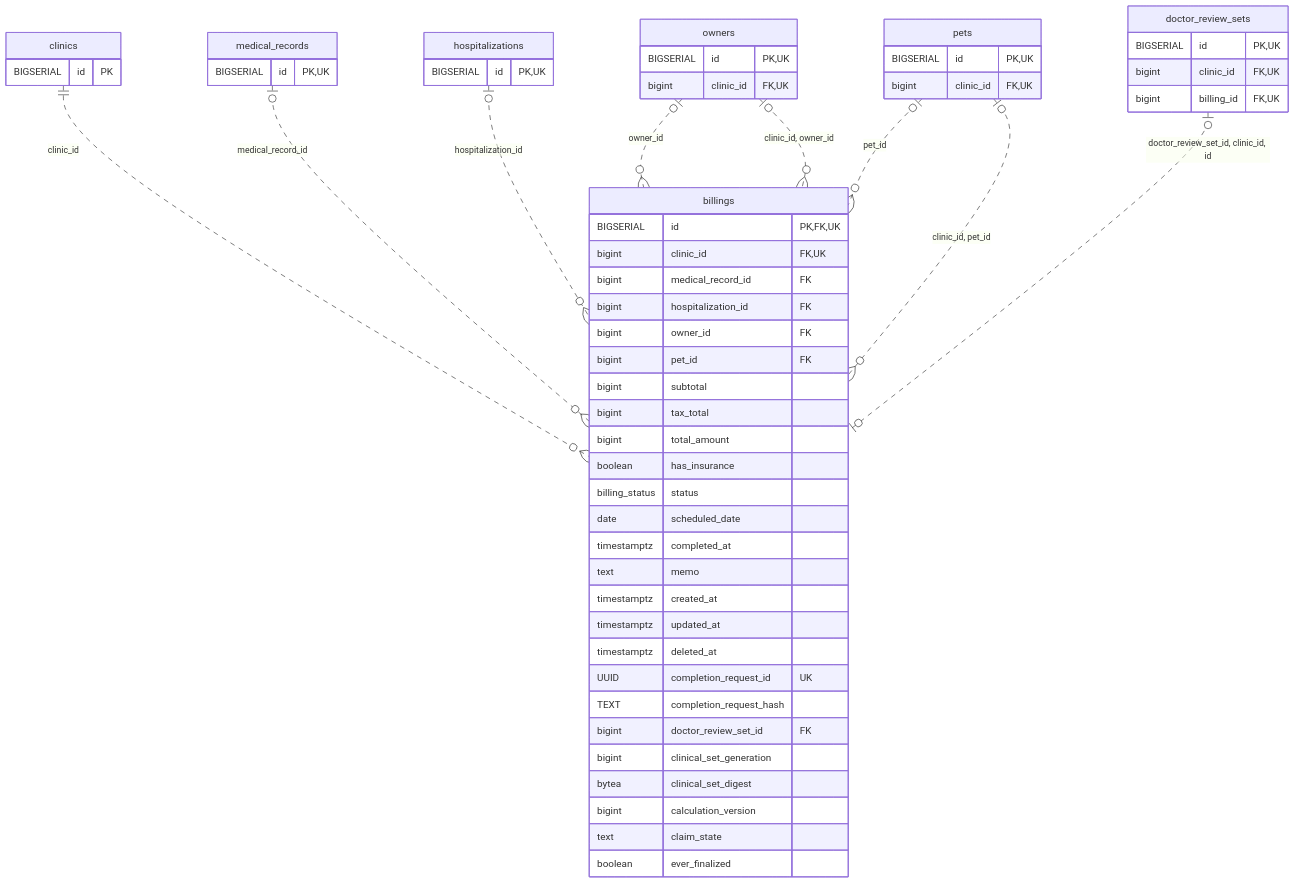
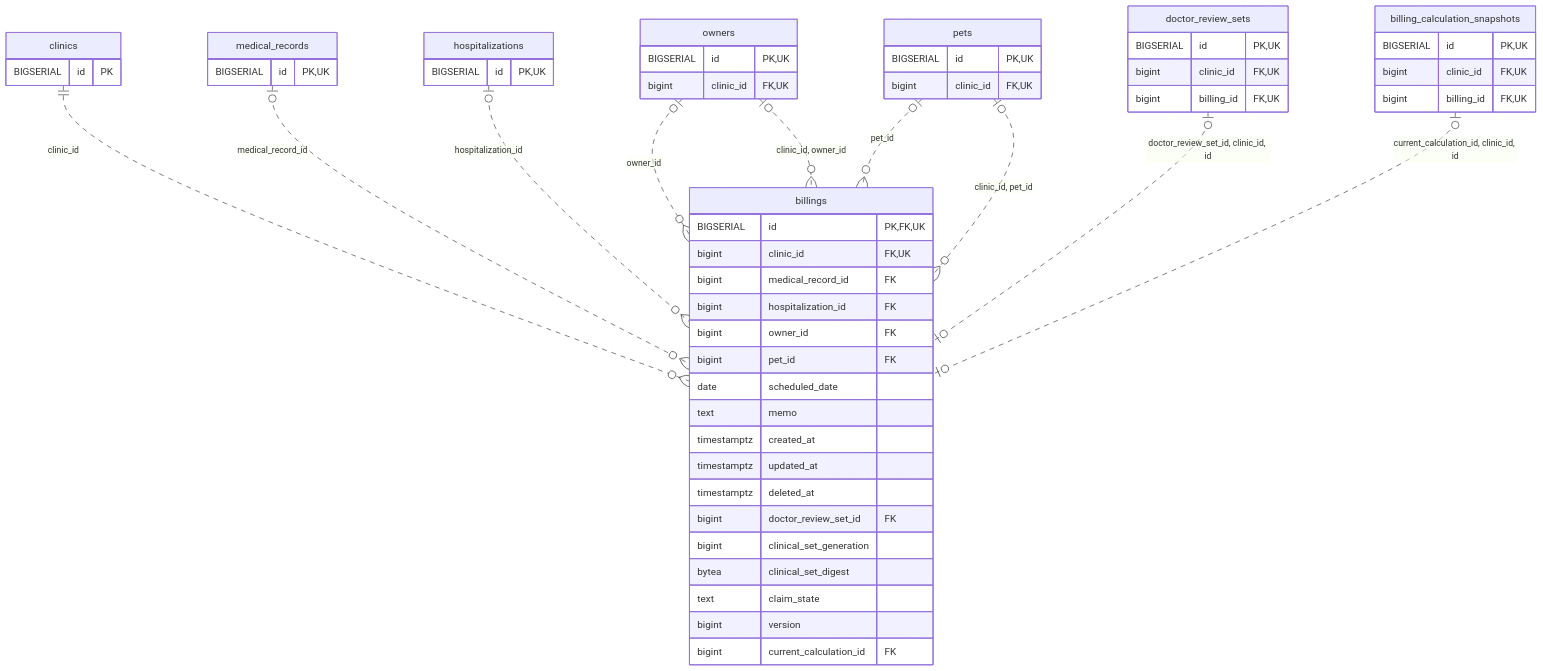
The diagram in docs/architecture/erd-detail/billings.md (MinoruSoga/AnimalEkarte), drawn with Mermaid before and after one commit. The commit also changed other lines of this file and 147 other files, not shown here.

````diff
--- a/docs/architecture/erd-detail/billings.md
+++ b/docs/architecture/erd-detail/billings.md
@@ -48,60 +40,58 @@
 ```mermaid
 erDiagram
     billings {
         BIGSERIAL id PK,FK,UK
         bigint clinic_id FK,UK
         bigint medical_record_id FK
         bigint hospitalization_id FK
         bigint owner_id FK
         bigint pet_id FK
-        bigint subtotal
-        bigint tax_total
-        bigint total_amount
-        boolean has_insurance
-        billing_status status
         date scheduled_date
-        timestamptz completed_at
         text memo
         timestamptz created_at
         timestamptz updated_at
         timestamptz deleted_at
-        UUID completion_request_id UK
-        TEXT completion_request_hash
         bigint doctor_review_set_id FK
         bigint clinical_set_generation
         bytea clinical_set_digest
-        bigint calculation_version
         text claim_state
-        boolean ever_finalized
+        bigint version
+        bigint current_calculation_id FK
+    }
+    billing_calculation_snapshots {
+        BIGSERIAL id PK,UK
+        bigint clinic_id FK,UK
+        bigint billing_id FK,UK
     }
     clinics {
         BIGSERIAL id PK
     }
     doctor_review_sets {
         BIGSERIAL id PK,UK
         bigint clinic_id FK,UK
         bigint billing_id FK,UK
     }
     hospitalizations {
         BIGSERIAL id PK,UK
     }
     medical_records {
         BIGSERIAL id PK,UK
     }
     owners {
         BIGSERIAL id PK,UK
         bigint clinic_id FK,UK
     }
     pets {
         BIGSERIAL id PK,UK
         bigint clinic_id FK,UK
     }
     clinics ||..o{ billings : "clinic_id"
     medical_records o|..o{ billings : "medical_record_id"
     hospitalizations o|..o{ billings : "hospitalization_id"
     owners o|..o{ billings : "owner_id"
     pets o|..o{ billings : "pet_id"
     pets o|..o{ billings : "clinic_id, pet_id"
     owners o|..o{ billings : "clinic_id, owner_id"
     doctor_review_sets o|..o| billings : "doctor_review_set_id, clinic_id, id"
+    billing_calculation_snapshots o|..o| billings : "current_calculation_id, clinic_id, id"
 ```
````
